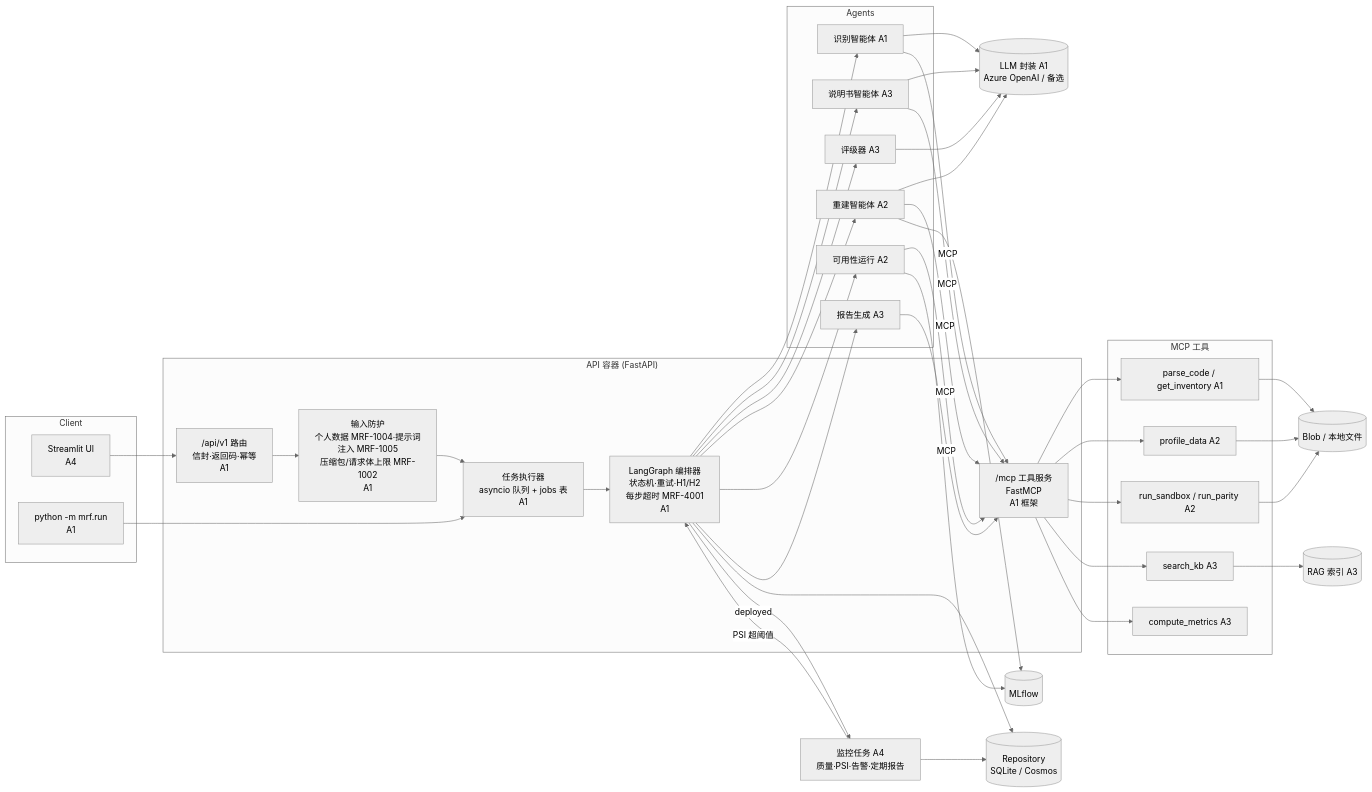
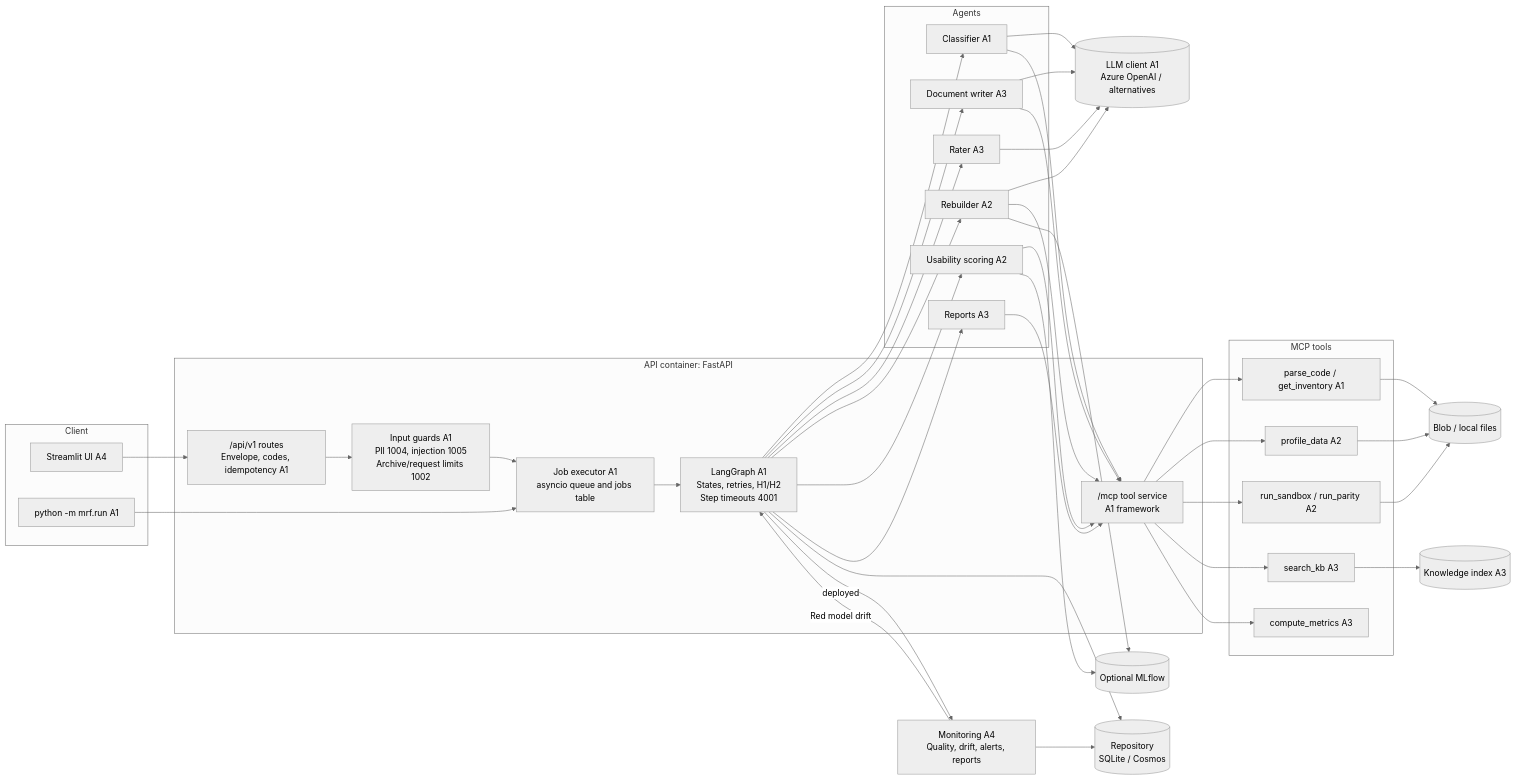
Before and after one commit to LuisWang709/EXL_JLWZ: the first of 3 diagrams in docs/architecture.md, drawn with Mermaid (neutral theme). The commit also changed other lines of this file and 31 other files, not shown here.

````diff
--- a/docs/architecture.md
+++ b/docs/architecture.md
@@ -7,54 +7,49 @@
 ```mermaid
 flowchart LR
     subgraph Client
-      UI[Streamlit UI<br/>A4]
-      CLI[python -m mrf.run<br/>A1]
+      UI[Streamlit UI A4]
+      CLI[python -m mrf.run A1]
     end
-
-    subgraph API["API 容器 (FastAPI)"]
-      R["/api/v1 路由<br/>信封·返回码·幂等<br/>A1"]
-      GD["输入防护<br/>个人数据 MRF-1004·提示词注入 MRF-1005<br/>压缩包/请求体上限 MRF-1002<br/>A1"]
-      Q["任务执行器<br/>asyncio 队列 + jobs 表<br/>A1"]
-      G["LangGraph 编排器<br/>状态机·重试·H1/H2<br/>每步超时 MRF-4001<br/>A1"]
-      MCP["/mcp 工具服务<br/>FastMCP<br/>A1 框架"]
+    subgraph API["API container: FastAPI"]
+      R["/api/v1 routes<br/>Envelope, codes, idempotency A1"]
+      GD["Input guards A1<br/>PII 1004, injection 1005<br/>Archive/request limits 1002"]
+      Q["Job executor A1<br/>asyncio queue and jobs table"]
+      G["LangGraph A1<br/>States, retries, H1/H2<br/>Step timeouts 4001"]
+      MCP["/mcp tool service<br/>A1 framework"]
     end
-
     subgraph Agents
-      C[识别智能体 A1]
-      D[说明书智能体 A3]
-      RT[评级器 A3]
-      RB[重建智能体 A2]
-      RUN[可用性运行 A2]
-      RP[报告生成 A3]
+      C[Classifier A1]
+      D[Document writer A3]
+      RT[Rater A3]
+      RB[Rebuilder A2]
+      RUN[Usability scoring A2]
+      RP[Reports A3]
     end
-
-    subgraph Tools["MCP 工具"]
+    subgraph Tools["MCP tools"]
       T1[parse_code / get_inventory A1]
       T2[profile_data A2]
       T3[run_sandbox / run_parity A2]
       T4[search_kb A3]
       T5[compute_metrics A3]
     end
-
-    LLM[(LLM 封装 A1<br/>Azure OpenAI / 备选)]
-    KB[(RAG 索引 A3)]
+    LLM[(LLM client A1<br/>Azure OpenAI / alternatives)]
+    KB[(Knowledge index A3)]
     DB[(Repository<br/>SQLite / Cosmos)]
-    BLOB[(Blob / 本地文件)]
-    MLF[(MLflow)]
-    MON[监控任务 A4<br/>质量·PSI·告警·定期报告]
-
+    BLOB[(Blob / local files)]
+    MLF[(Optional MLflow)]
+    MON[Monitoring A4<br/>Quality, drift, alerts, reports]
     UI --> R
     CLI --> Q
     R --> GD --> Q --> G
     G --> C & D & RT & RB & RUN & RP
     C & D & RT & RB --> LLM
-    C & D & RB & RUN & RP -->|MCP| MCP
+    C & D & RB & RUN & RP --> MCP
     MCP --> T1 & T2 & T3 & T4 & T5
     T4 --> KB
     G --> DB
     T1 & T2 & T3 --> BLOB
     RUN & RB --> MLF
     G -->|deployed| MON
     MON --> DB
-    MON -->|PSI 超阈值| G
+    MON -->|Red model drift| G
 ```
````
